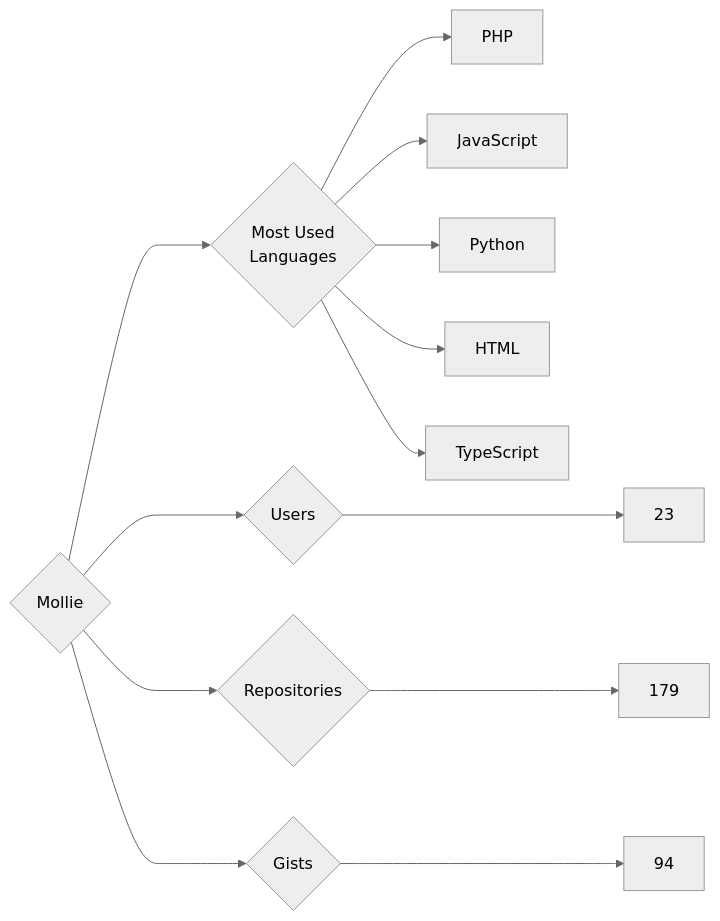
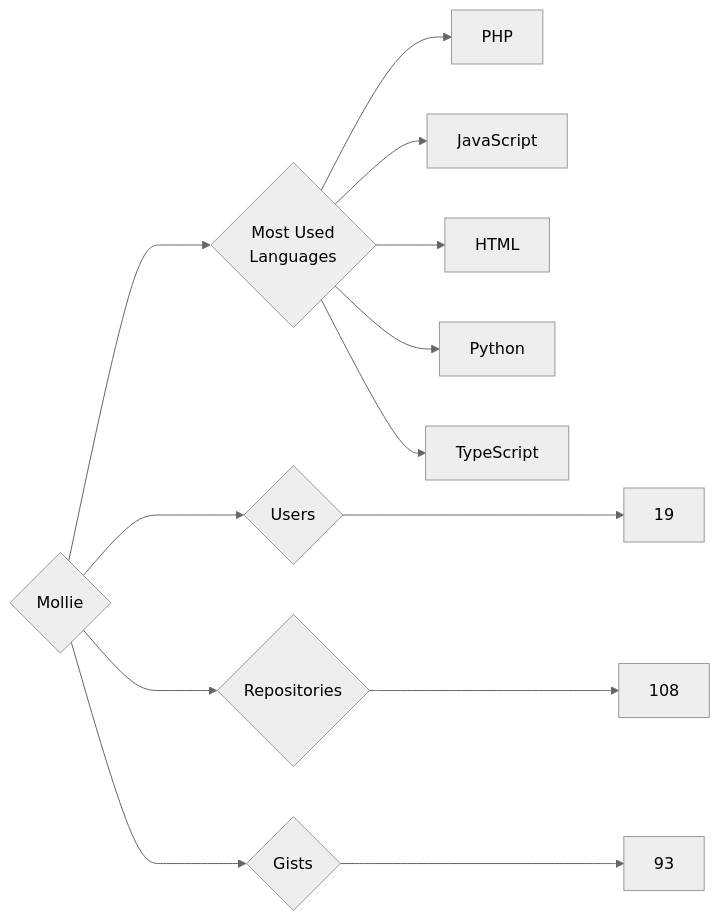
The diagram in targets/Mollie/README.md (trickest/insiders), drawn with Mermaid (neutral theme) before and after one commit. The commit also changed 794 other files, not shown here.

````diff
--- a/targets/Mollie/README.md
+++ b/targets/Mollie/README.md
@@ -3,13 +3,13 @@
 ```mermaid
 graph LR
 COMPANY_NAME{Mollie}
-COMPANY_NAME ---> U{Users} ---> UN[23]
-COMPANY_NAME ---> R{Repositories} ---> RN[179]
-COMPANY_NAME ---> G{Gists} ---> GN[94]
+COMPANY_NAME ---> U{Users} ---> UN[19]
+COMPANY_NAME ---> R{Repositories} ---> RN[108]
+COMPANY_NAME ---> G{Gists} ---> GN[93]
 COMPANY_NAME ---> ML{Most Used<br>Languages}
 ML --> PHP[PHP]
 ML --> JavaScript[JavaScript]
+ML --> HTML[HTML]
 ML --> Python[Python]
-ML --> HTML[HTML]
 ML --> TypeScript[TypeScript]
 ```
````
